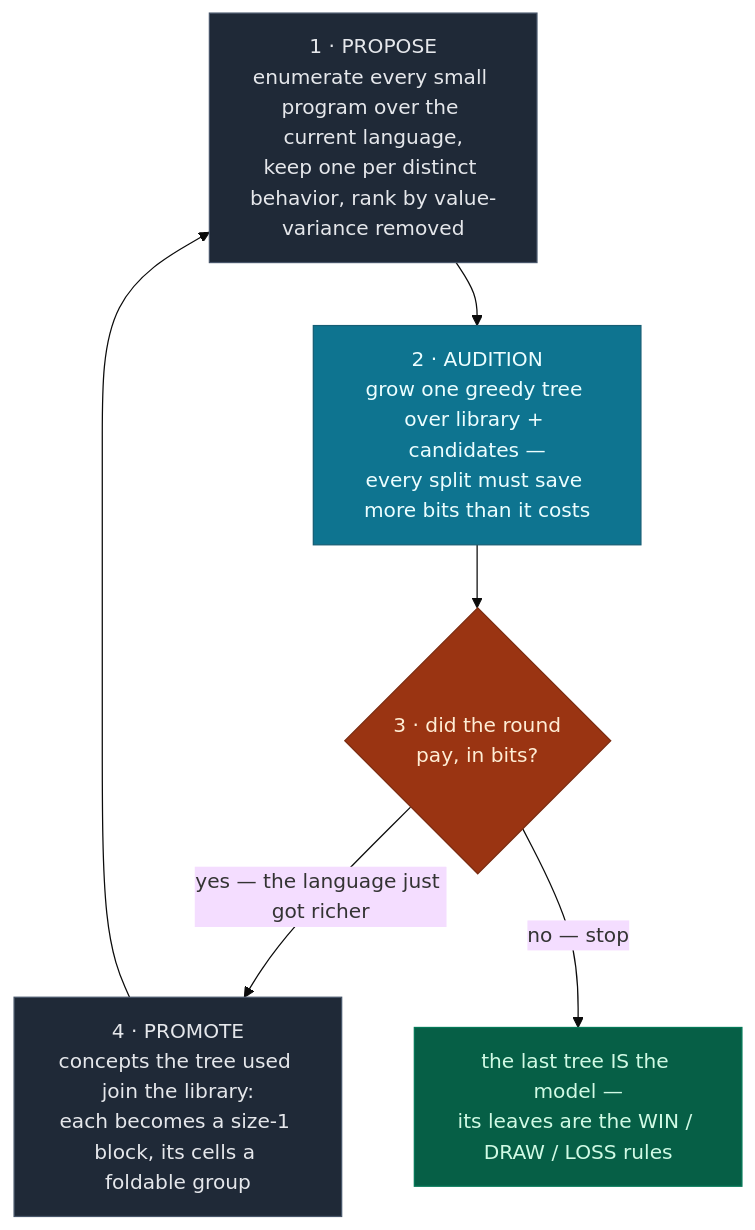
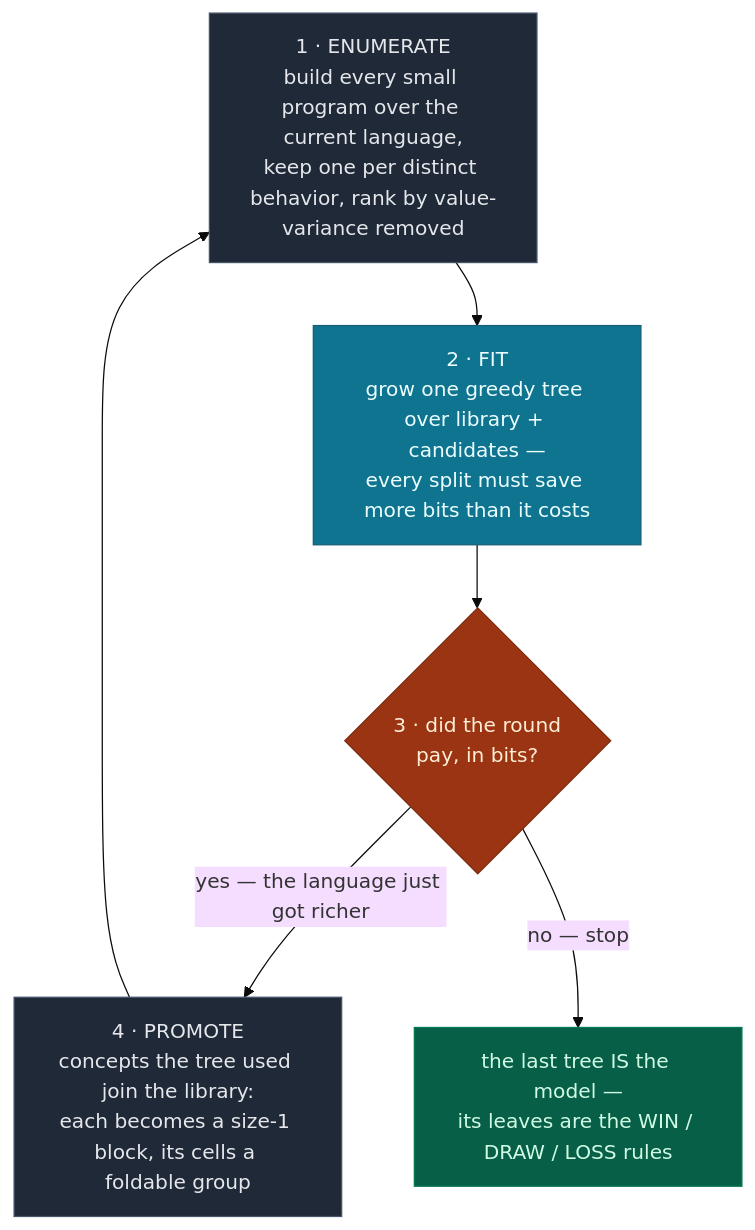
The sixth of 9 diagrams in README.md (MatheweB/WiseExplorer), drawn with Mermaid (base theme) before and after one commit. The commit also changed other lines of this file and 3 other files, not shown here.

````diff
--- a/README.md
+++ b/README.md
@@ -324,19 +325,19 @@
 ```mermaid
 flowchart TD
     classDef step fill:#1f2937,stroke:#475569,color:#e5e7eb
     classDef tree fill:#0e7490,stroke:#155e75,color:#ecfeff
     classDef gate fill:#9a3412,stroke:#7c2d12,color:#ffedd5
     classDef out  fill:#065f46,stroke:#047857,color:#d1fae5
-    P["1 · PROPOSE<br/>enumerate every small program over the current language,<br/>keep one per distinct behavior, rank by value-variance removed"]
-    T["2 · AUDITION<br/>grow one greedy tree over library + candidates —<br/>every split must save more bits than it costs"]
+    P["1 · ENUMERATE<br/>build every small program over the current language,<br/>keep one per distinct behavior, rank by value-variance removed"]
+    T["2 · FIT<br/>grow one greedy tree over library + candidates —<br/>every split must save more bits than it costs"]
     G{"3 · did the round<br/>pay, in bits?"}
     K["4 · PROMOTE<br/>concepts the tree used join the library:<br/>each becomes a size-1 block, its cells a foldable group"]
     R["the last tree IS the model —<br/>its leaves are the WIN / DRAW / LOSS rules"]
     P --> T --> G
     G -->|"yes — the language just got richer"| K --> P
     G -->|"no — stop"| R
     class P,K step
     class T tree
     class G gate
     class R out
 ```
````
